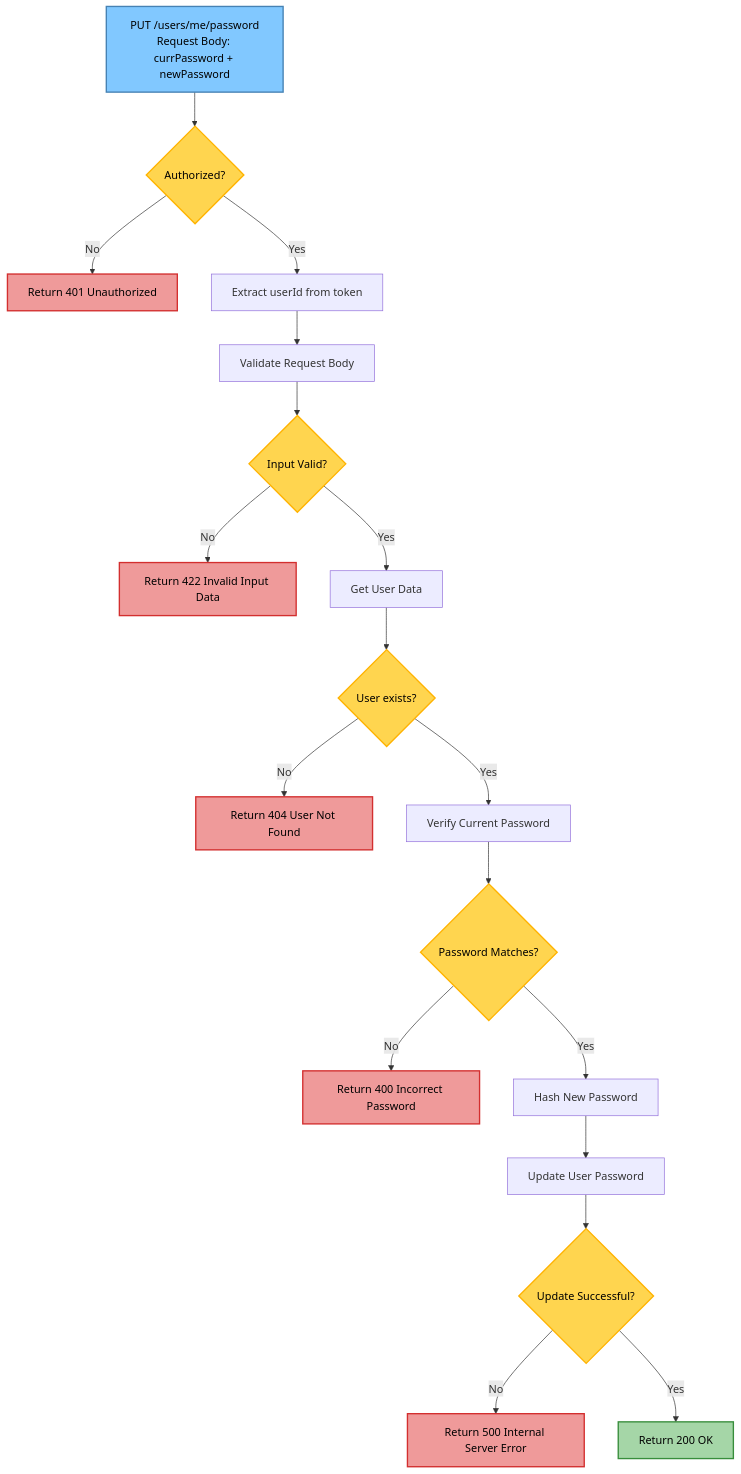
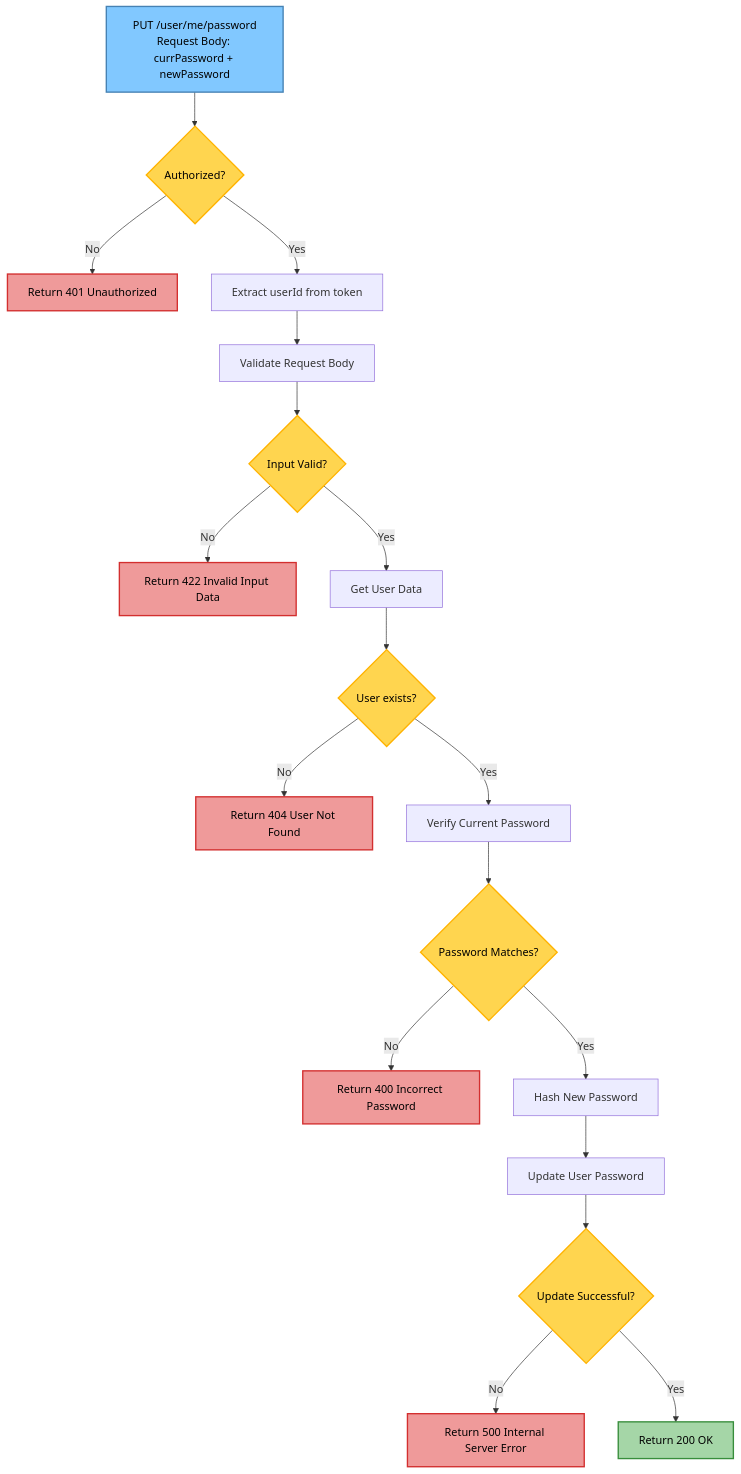
Before and after one commit to biplab-sutradhar/diagram: the sixth of 7 diagrams in temp.md, drawn with Mermaid. The commit also changed other lines of this file, not shown here.

````diff
--- a/temp.md
+++ b/temp.md
@@ -392,40 +832,40 @@
  ```mermaid
 flowchart TD
-%% API Flow: PUT /users/me/password
-Start[PUT /users/me/password<br/>Request Body: currPassword + newPassword] --> Auth{Authorized?}
+%% API Flow: PUT /user/me/password
+Start[PUT /user/me/password<br/>Request Body: currPassword + newPassword] --> Auth{Authorized?}
 
 Auth -->|No| Auth401[Return 401 Unauthorized]
 Auth -->|Yes| ExtractUserId[Extract userId from token]
 
 ExtractUserId --> ValidateInput[Validate Request Body]
 ValidateInput --> InputValid{Input Valid?}
 
 InputValid -->|No| Input422[Return 422 Invalid Input Data]
 InputValid -->|Yes| GetUser[Get User Data]
 
 GetUser --> UserExists{User exists?}
 UserExists -->|No| User404[Return 404 User Not Found]
 UserExists -->|Yes| VerifyPassword[Verify Current Password]
 
 VerifyPassword --> PasswordMatch{Password Matches?}
 PasswordMatch -->|No| Password400[Return 400 Incorrect Password]
 PasswordMatch -->|Yes| HashNewPassword[Hash New Password]
 
 HashNewPassword --> UpdateUser[Update User Password]
 UpdateUser --> UpdateSuccess{Update Successful?}
 
 UpdateSuccess -->|No| Server500[Return 500 Internal Server Error]
 UpdateSuccess -->|Yes| Success200[Return 200 OK]
 
 classDef startEnd fill:#81C8FF,stroke:#4682B4,stroke-width:2px,color:#000;
 classDef decision fill:#FFD54F,stroke:#FFB300,stroke-width:2px,color:#000;
 classDef success fill:#A5D6A7,stroke:#388E3C,stroke-width:2px,color:#000;
 classDef error fill:#EF9A9A,stroke:#D32F2F,stroke-width:2px,color:#000;
 classDef warning fill:#FFCC80,stroke:#F57C00,stroke-width:2px,color:#000;
 
 class Start,Success200 startEnd
 class Auth,InputValid,UserExists,PasswordMatch,UpdateSuccess decision
 class Success200 success
 class Auth401,Input422,User404,Password400,Server500 error
 
 ```
````
